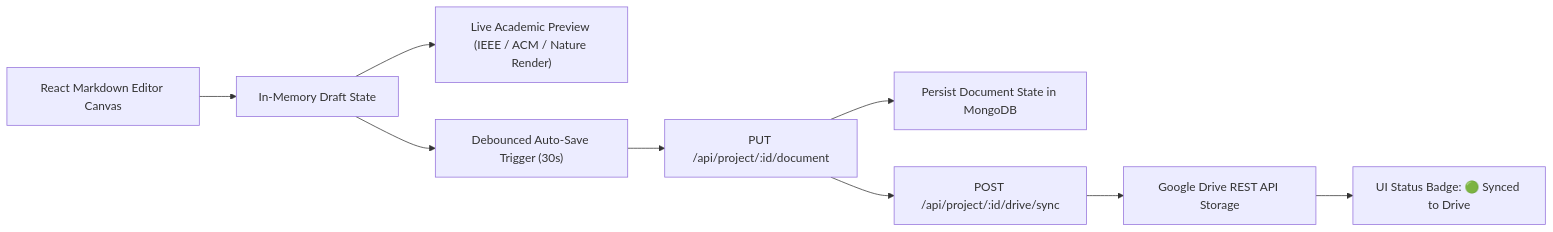
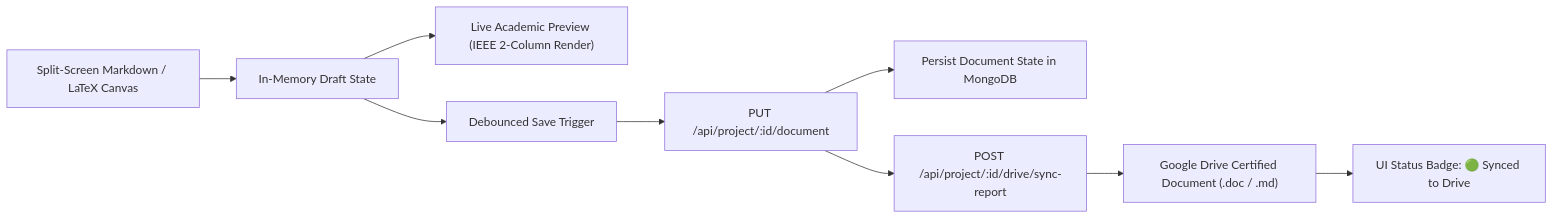
One commit to jayesh-thar/Researcher-Campus changed the third of 3 diagrams in ARCHITECTURE.md. Above: the diagram before and after it, drawn with Mermaid. The commit also changed other lines of this file and 1 other file, not shown here.

Commit message:
docs: finalize ARCHITECTURE and DEMO walkthrough guides for production release

````diff
--- a/ARCHITECTURE.md
+++ b/ARCHITECTURE.md
@@ -125,11 +104,11 @@
 ```mermaid
 flowchart LR
-    Editor["React Markdown Editor Canvas"] --> State["In-Memory Draft State"]
-    State --> Preview["Live Academic Preview (IEEE / ACM / Nature Render)"]
-    State --> Debounce["Debounced Auto-Save Trigger (30s)"]
+    Editor["Split-Screen Markdown / LaTeX Canvas"] --> State["In-Memory Draft State"]
+    State --> Preview["Live Academic Preview (IEEE 2-Column Render)"]
+    State --> Debounce["Debounced Save Trigger"]
     Debounce --> API["PUT /api/project/:id/document"]
     API --> Mongo["Persist Document State in MongoDB"]
-    API --> Drive["POST /api/project/:id/drive/sync"]
-    Drive --> DriveCloud["Google Drive REST API Storage"]
+    API --> Drive["POST /api/project/:id/drive/sync-report"]
+    Drive --> DriveCloud["Google Drive Certified Document (.doc / .md)"]
     DriveCloud --> Status["UI Status Badge: 🟢 Synced to Drive"]
 ```
````
